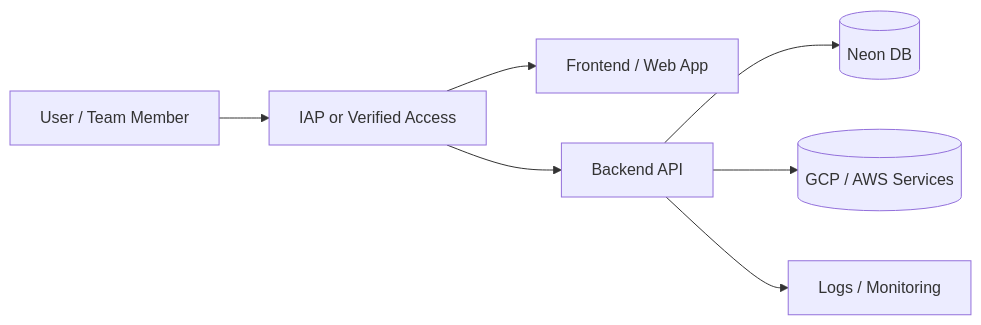
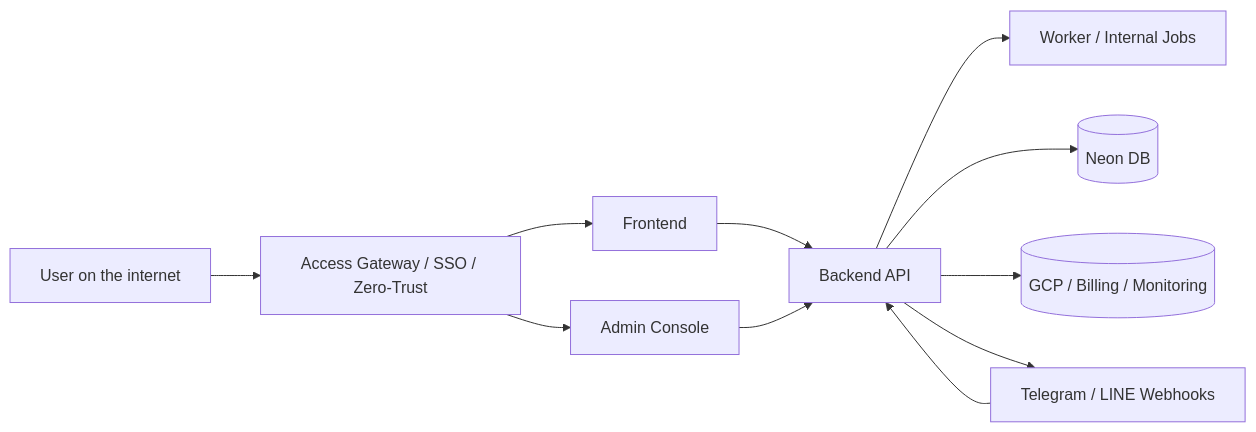
One commit to oatrice/FonTokMai changed the first of 2 diagrams in docs/architecture_decisions/006_infrastructure_as_code_terraform.md. Above: the diagram before and after it, drawn with Mermaid.

Commit message:
docs: update infrastructure as code architecture decision document regarding Terraform implementation

````diff
--- a/docs/architecture_decisions/006_infrastructure_as_code_terraform.md
+++ b/docs/architecture_decisions/006_infrastructure_as_code_terraform.md
@@ -54,9 +54,13 @@
 ```mermaid
 flowchart LR
-    U[User / Team Member] --> A[IAP or Verified Access]
-    A --> F[Frontend / Web App]
-    A --> B[Backend API]
-    B --> D[(Neon DB)]
-    B --> G[(GCP / AWS Services)]
-    B --> L[Logs / Monitoring]
+  U[User on the internet] --> G[Access Gateway / SSO / Zero-Trust]
+  G --> F[Frontend]
+  G --> A[Admin Console]
+  F --> B[Backend API]
+  A --> B
+  B --> W[Worker / Internal Jobs]
+  B --> D[(Neon DB)]
+  B --> C[(GCP / Billing / Monitoring)]
+  T[Telegram / LINE Webhooks] --> B
+  B --> T
 ```
````
